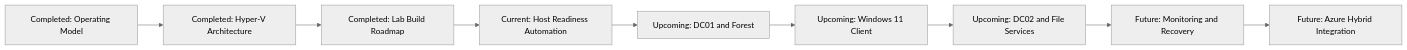
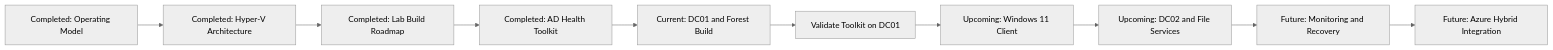
Before and after one commit to nevaquit/federal-hybrid-it-operations: the first of 2 diagrams in README.md, drawn with Mermaid (neutral theme). The commit also changed other lines of this file, not shown here.

Commit message:
docs: expand Active Directory health assessment toolkit and update portfolio progress

````diff
--- a/README.md
+++ b/README.md
@@ -31,11 +33,12 @@
 ```mermaid
 flowchart LR
     A[Completed: Operating Model] --> B[Completed: Hyper-V Architecture]
     B --> C[Completed: Lab Build Roadmap]
-    C --> D[Current: Host Readiness Automation]
-    D --> E[Upcoming: DC01 and Forest]
-    E --> F[Upcoming: Windows 11 Client]
-    F --> G[Upcoming: DC02 and File Services]
-    G --> H[Future: Monitoring and Recovery]
-    H --> I[Future: Azure Hybrid Integration]
+    C --> D[Completed: AD Health Toolkit]
+    D --> E[Current: DC01 and Forest Build]
+    E --> F[Validate Toolkit on DC01]
+    F --> G[Upcoming: Windows 11 Client]
+    G --> H[Upcoming: DC02 and File Services]
+    H --> I[Future: Monitoring and Recovery]
+    I --> J[Future: Azure Hybrid Integration]
 ```
````
